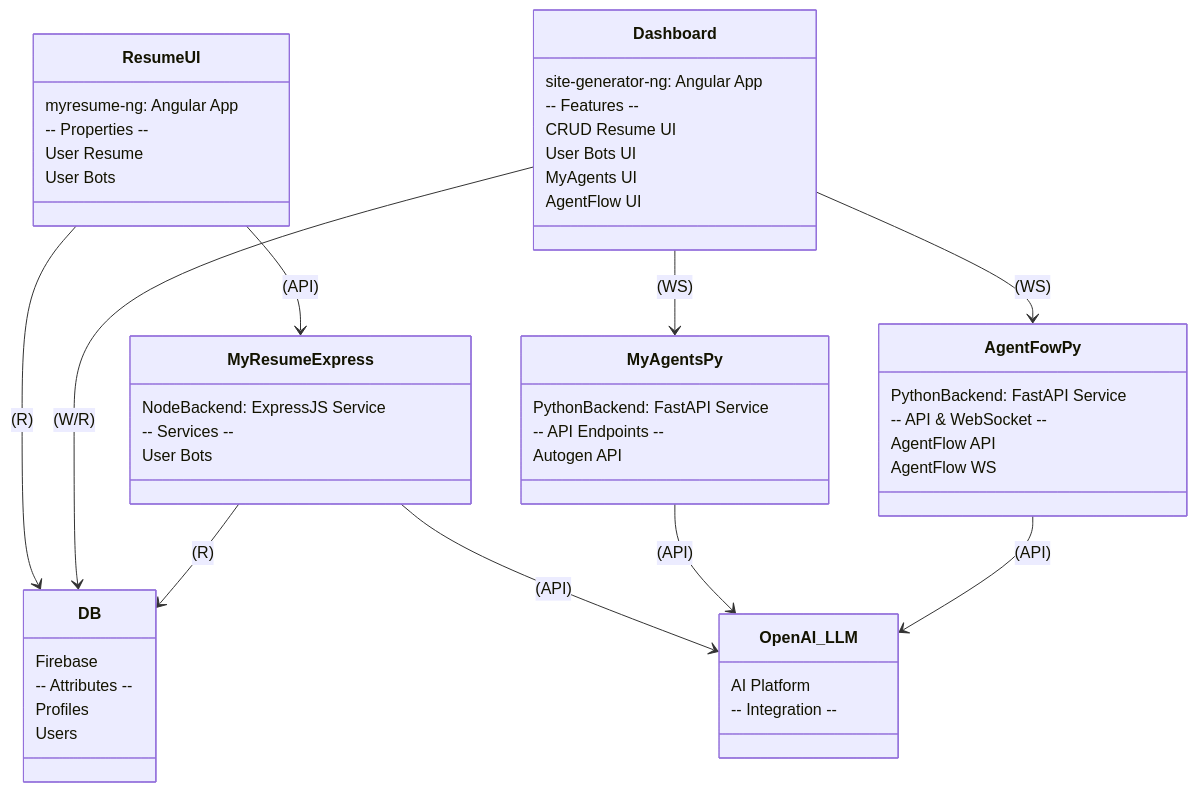
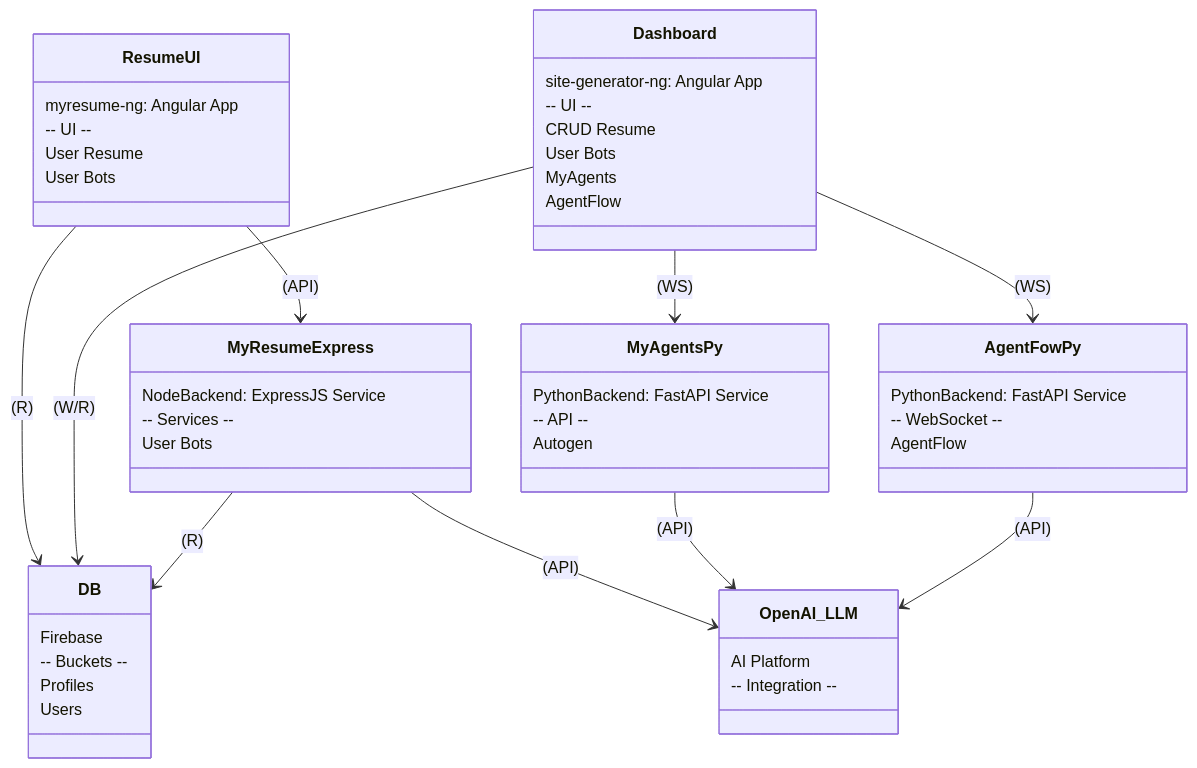
The diagram in README.md (thaer899/connectorzzz), drawn with Mermaid before and after one commit.

````diff
--- a/README.md
+++ b/README.md
@@ -24,57 +24,56 @@
 ```mermaid
 %%{init: {'theme': 'default'}}%%
 classDiagram
     class DB {
         Firebase
-        -- Attributes --
+        -- Buckets --
         Profiles
         Users
     }
     class ResumeUI {
         myresume-ng: Angular App
-        -- Properties --
+        -- UI --
         User Resume
         User Bots
     }
     class Dashboard {
         site-generator-ng: Angular App
-        -- Features --
-        CRUD Resume UI
-        User Bots UI
-        MyAgents UI
-        AgentFlow UI
+        -- UI --
+        CRUD Resume
+        User Bots
+        MyAgents
+        AgentFlow
     }
     class MyResumeExpress {
         NodeBackend: ExpressJS Service
         -- Services --
         User Bots
     }
     class MyAgentsPy {
         PythonBackend: FastAPI Service
-        -- API Endpoints --
-        Autogen API
+        -- API --
+        Autogen
     }
     class AgentFowPy {
         PythonBackend: FastAPI Service
-        -- API & WebSocket --
-        AgentFlow API
-        AgentFlow WS
+        -- WebSocket --
+        AgentFlow
     }
     class OpenAI_LLM {
         AI Platform
         -- Integration --
     }
 
     %% Connections
     ResumeUI --> DB :  (R)
     Dashboard --> DB :  (W/R)
     ResumeUI --> MyResumeExpress : (API)
     MyResumeExpress --> DB :  (R)
     MyResumeExpress --> OpenAI_LLM : (API)
     Dashboard --> MyAgentsPy :  (WS)
     MyAgentsPy --> OpenAI_LLM : (API)
     Dashboard --> AgentFowPy :  (WS)
     AgentFowPy --> OpenAI_LLM : (API)
 
 
 ```
````
